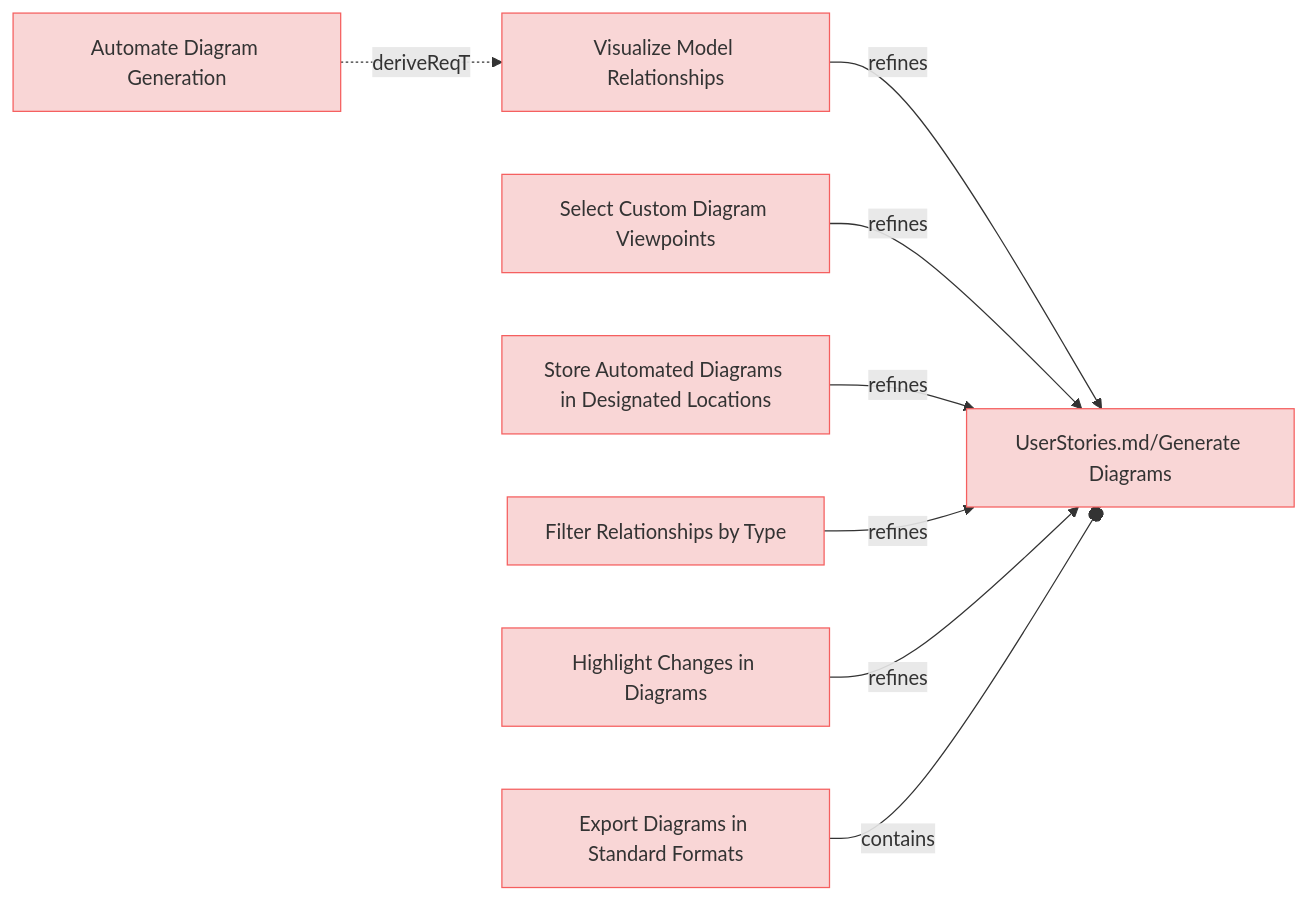
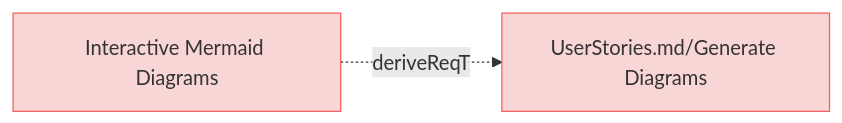
One commit to reqvire-org/reqvire changed the first of 8 diagrams in specifications/UserRequirements.md. Above: the diagram before and after it, drawn with Mermaid. The commit also changed other lines of this file and 37 other files, not shown here.

Commit message:
Allow diagrams with blobs links when configured.

````diff
--- a/specifications/UserRequirements.md
+++ b/specifications/UserRequirements.md
@@ -4,40 +4,16 @@
 ```mermaid
 graph LR;
   %% Graph styling
   classDef requirement fill:#f9d6d6,stroke:#f55f5f,stroke-width:1px;
   classDef verification fill:#d6f9d6,stroke:#5fd75f,stroke-width:1px;
   classDef externalLink fill:#d0e0ff,stroke:#3080ff,stroke-width:1px;
   classDef default fill:#f5f5f5,stroke:#333333,stroke-width:1px;
 
-  eed0b020b6ddeae1["Visualize Model Relationships"];
-  click eed0b020b6ddeae1 "UserRequirements.md#visualize-model-relationships";
-  class eed0b020b6ddeae1 requirement;
-  694c4bb24b10f0c7["UserStories.md/Generate Diagrams"];
-  class 694c4bb24b10f0c7 requirement;
-  click 694c4bb24b10f0c7 "UserStories.md#generate-diagrams";
-  eed0b020b6ddeae1 -->|refines| 694c4bb24b10f0c7;
-  aa6a73dcebdfbc0d["Select Custom Diagram Viewpoints"];
-  click aa6a73dcebdfbc0d "UserRequirements.md#select-custom-diagram-viewpoints";
-  class aa6a73dcebdfbc0d requirement;
-  aa6a73dcebdfbc0d -->|refines| 694c4bb24b10f0c7;
-  89097c1311055b72["Store Automated Diagrams in Designated Locations"];
-  click 89097c1311055b72 "UserRequirements.md#store-automated-diagrams-in-designated-locations";
-  class 89097c1311055b72 requirement;
-  89097c1311055b72 -->|refines| 694c4bb24b10f0c7;
-  66e9d8186acafd13["Filter Relationships by Type"];
-  click 66e9d8186acafd13 "UserRequirements.md#filter-relationships-by-type";
-  class 66e9d8186acafd13 requirement;
-  66e9d8186acafd13 -->|refines| 694c4bb24b10f0c7;
-  ac914f743d73674e["Highlight Changes in Diagrams"];
-  click ac914f743d73674e "UserRequirements.md#highlight-changes-in-diagrams";
-  class ac914f743d73674e requirement;
-  ac914f743d73674e -->|refines| 694c4bb24b10f0c7;
-  c522cf4c404bdc24["Automate Diagram Generation"];
-  click c522cf4c404bdc24 "UserRequirements.md#automate-diagram-generation";
-  class c522cf4c404bdc24 requirement;
-  c522cf4c404bdc24 -.->|deriveReqT| eed0b020b6ddeae1;
-  a0274ca0625d8493["Export Diagrams in Standard Formats"];
-  click a0274ca0625d8493 "UserRequirements.md#export-diagrams-in-standard-formats";
-  class a0274ca0625d8493 requirement;
-  a0274ca0625d8493 --o|contains| 694c4bb24b10f0c7;
+  eedf6d6d3d2354d9["Interactive Mermaid Diagrams"];
+  click eedf6d6d3d2354d9 "specifications/UserRequirements.md#interactive-mermaid-diagrams#interactive-mermaid-diagrams";
+  class eedf6d6d3d2354d9 requirement;
+  37a5b8e199a838f["UserStories.md/Generate Diagrams"];
+  class 37a5b8e199a838f requirement;
+  click 37a5b8e199a838f "specifications/UserStories.md#generate-diagrams#generate-diagrams";
+  eedf6d6d3d2354d9 -.->|deriveReqT| 37a5b8e199a838f;
 ```
````
